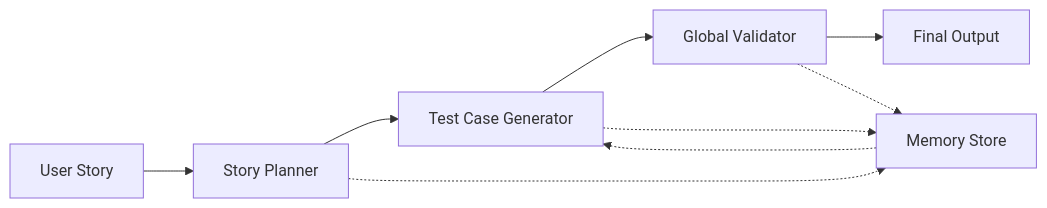
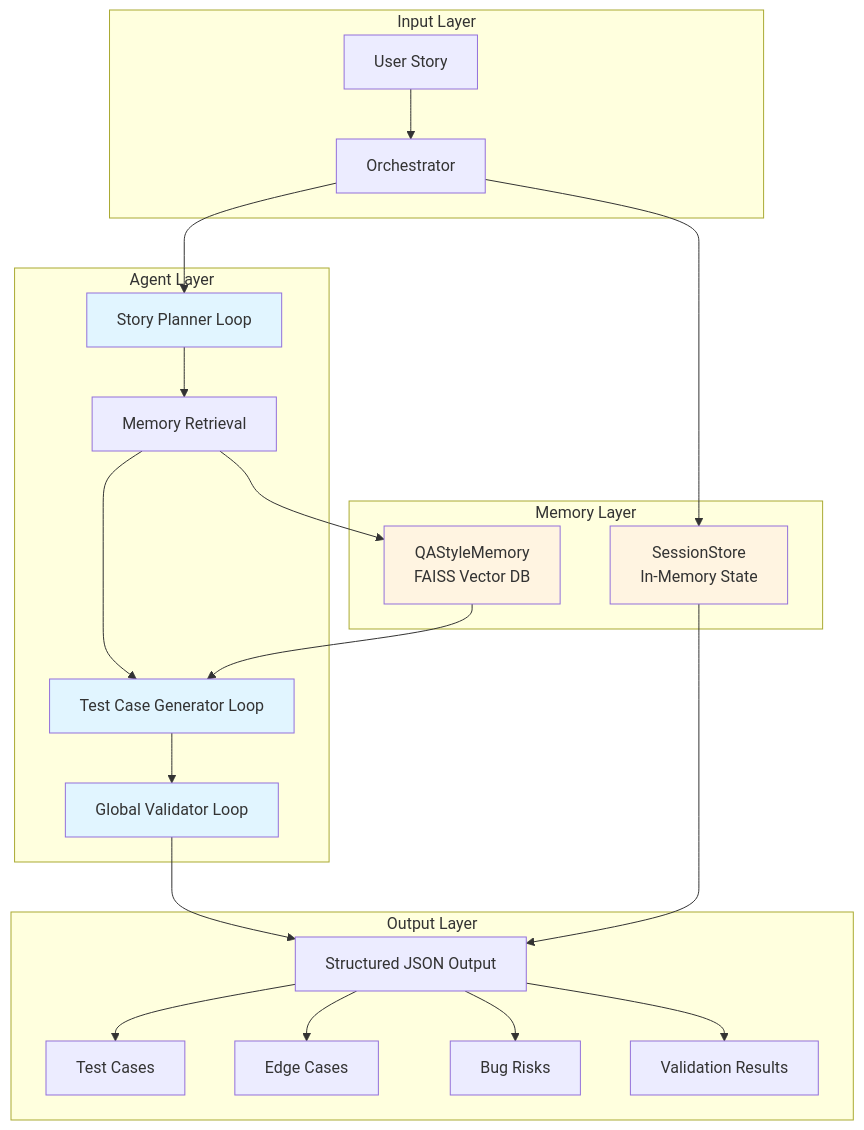
The diagram in README.md (MhussainD4772/Capstone-Project-Agentic-AI-), drawn with Mermaid before and after one commit. The commit also changed other lines of this file, not shown here.

````diff
--- a/README.md
+++ b/README.md
@@ -300,12 +32,36 @@
 ```mermaid
-graph LR
-    A[User Story] --> B[Story Planner]
-    B --> C[Test Case Generator]
-    C --> D[Global Validator]
-    D --> E[Final Output]
+graph TB
+    subgraph "Input Layer"
+        A[User Story] --> B[Orchestrator]
+    end
     
-    B -.-> F[Memory Store]
-    C -.-> F
-    D -.-> F
-    F -.-> C
+    subgraph "Agent Layer"
+        B --> C[Story Planner Loop]
+        C --> D[Memory Retrieval]
+        D --> E[Test Case Generator Loop]
+        E --> F[Global Validator Loop]
+    end
+    
+    subgraph "Memory Layer"
+        D --> G[QAStyleMemory<br/>FAISS Vector DB]
+        H[SessionStore<br/>In-Memory State]
+    end
+    
+    subgraph "Output Layer"
+        F --> I[Structured JSON Output]
+        I --> J[Test Cases]
+        I --> K[Edge Cases]
+        I --> L[Bug Risks]
+        I --> M[Validation Results]
+    end
+    
+    B --> H
+    G --> E
+    H --> I
+    
+    style C fill:#e1f5ff
+    style E fill:#e1f5ff
+    style F fill:#e1f5ff
+    style G fill:#fff4e1
+    style H fill:#fff4e1
 ```
````
